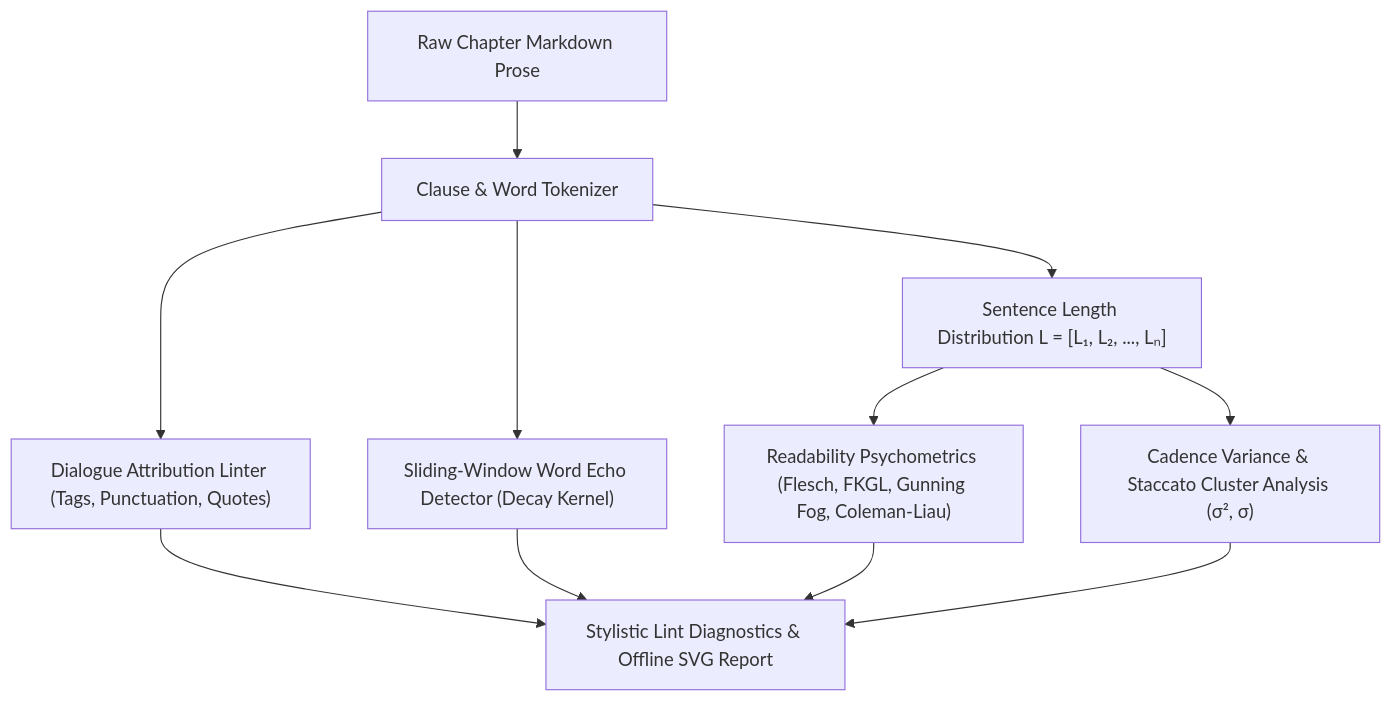
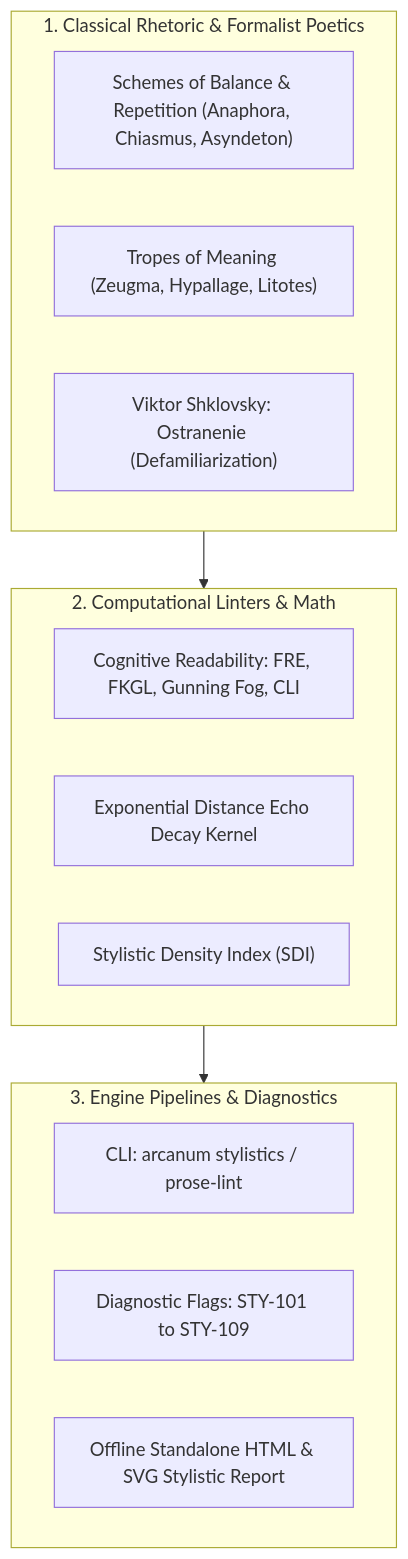
The first of 3 diagrams in docs/STYLISTICS.md (aryansinghnagar/Ars-Arcanum), drawn with Mermaid before and after one commit. The commit also changed other lines of this file and 239 other files, not shown here.

First line of the commit message:
feat(v5.0.0): streamline to 47 deterministic engines, zero-pip architecture, and encyclopedic craft references

````diff
--- a/docs/STYLISTICS.md
+++ b/docs/STYLISTICS.md
@@ -23,12 +17,22 @@
 ```mermaid
 flowchart TD
-    Prose["Raw Chapter Markdown Prose"] --> Tokenizer["Clause & Word Tokenizer"]
-    Tokenizer --> DialogueParser["Dialogue Attribution Linter (Tags, Punctuation, Quotes)"]
-    Tokenizer --> EchoScanner["Sliding-Window Word Echo Detector (Decay Kernel)"]
-    Tokenizer --> SentenceCadence["Sentence Length Distribution L = [L₁, L₂, ..., Lₙ]"]
-    
-    SentenceCadence --> Readability["Readability Psychometrics (Flesch, FKGL, Gunning Fog, Coleman-Liau)"]
-    SentenceCadence --> CadenceVariance["Cadence Variance & Staccato Cluster Analysis (σ², σ)"]
-    
-    DialogueParser & EchoScanner & Readability & CadenceVariance --> Diagnostics["Stylistic Lint Diagnostics & Offline SVG Report"]
+    subgraph ClassicalRhetoric["1. Classical Rhetoric & Formalist Poetics"]
+        Schemes["Schemes of Balance & Repetition (Anaphora, Chiasmus, Asyndeton)"]
+        Tropes["Tropes of Meaning (Zeugma, Hypallage, Litotes)"]
+        Ostranenie["Viktor Shklovsky: Ostranenie (Defamiliarization)"]
+    end
+
+    subgraph ComputationalStylometry["2. Computational Linters & Math"]
+        Readability["Cognitive Readability: FRE, FKGL, Gunning Fog, CLI"]
+        EchoKernel["Exponential Distance Echo Decay Kernel"]
+        StylisticDensity["Stylistic Density Index (SDI)"]
+    end
+
+    subgraph EnginePipelines["3. Engine Pipelines & Diagnostics"]
+        LinterCLI["CLI: arcanum stylistics / prose-lint"]
+        Diagnostics["Diagnostic Flags: STY-101 to STY-109"]
+        SVGReport["Offline Standalone HTML & SVG Stylistic Report"]
+    end
+
+    ClassicalRhetoric --> ComputationalStylometry --> EnginePipelines
 ```
````
